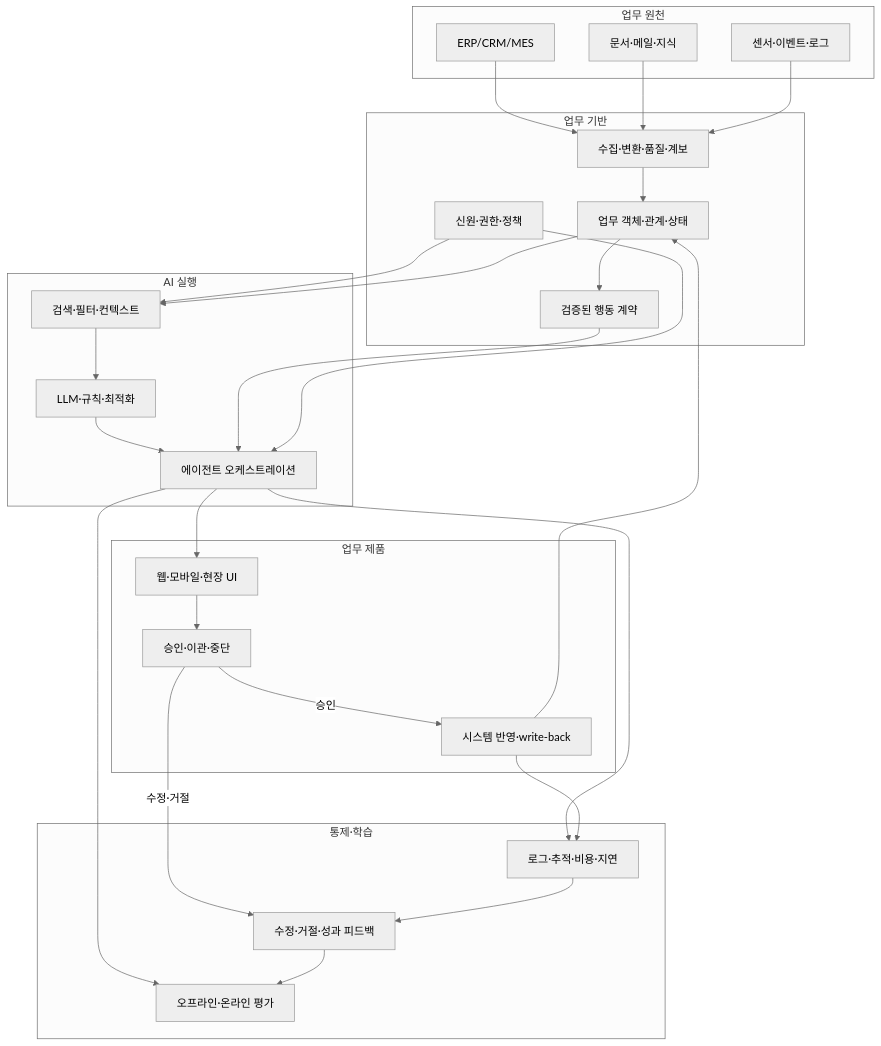
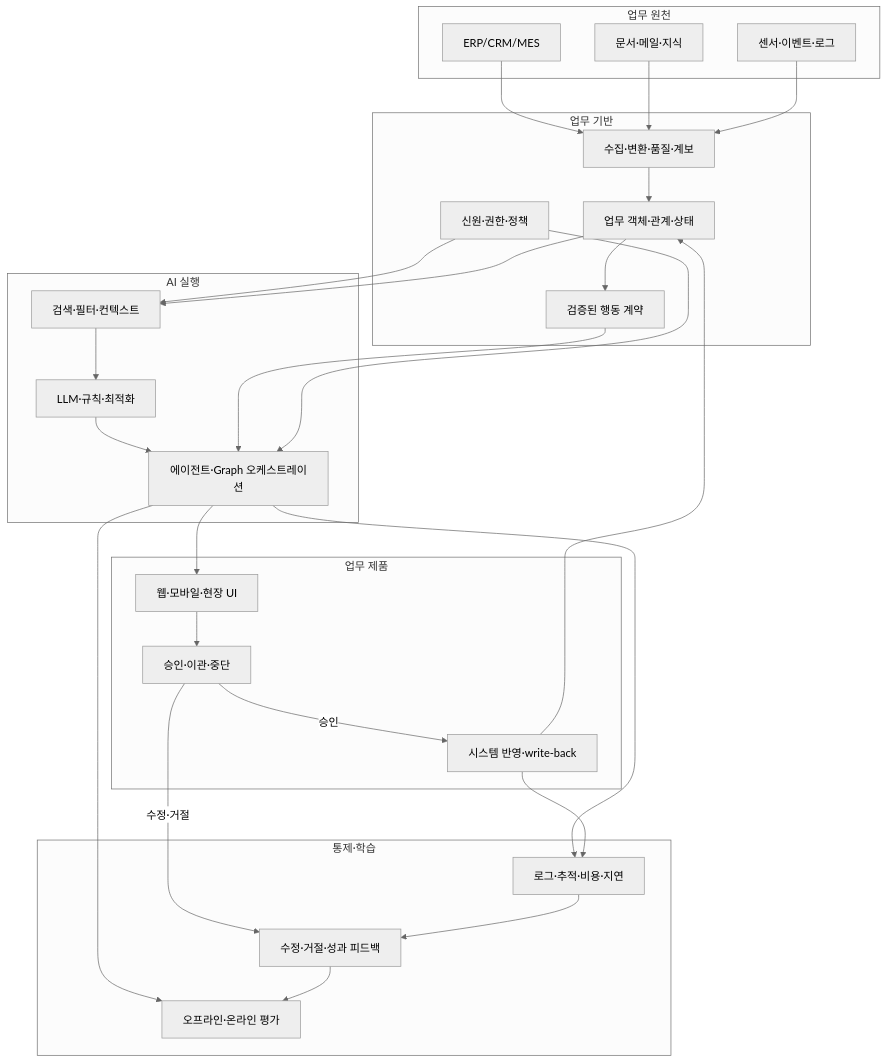
Before and after one commit to tttksj404/palantir-ax-playbook: the second of 2 diagrams in docs/PALANTIR-AI-AX-PLAYBOOK.md, drawn with Mermaid (neutral theme). The commit also changed other lines of this file and 7 other files, not shown here.

Commit message:
docs: add graph engineering playbook and skill

````diff
--- a/docs/PALANTIR-AI-AX-PLAYBOOK.md
+++ b/docs/PALANTIR-AI-AX-PLAYBOOK.md
@@ -447,51 +452,51 @@
 ```mermaid
 flowchart TB
     subgraph Sources[업무 원천]
         ERP[ERP/CRM/MES]
         DOC[문서·메일·지식]
         EVT[센서·이벤트·로그]
     end
     subgraph Foundation[업무 기반]
         ING[수집·변환·품질·계보]
         OBJ[업무 객체·관계·상태]
         POL[신원·권한·정책]
         ACT[검증된 행동 계약]
     end
     subgraph Intelligence[AI 실행]
         RET[검색·필터·컨텍스트]
         LLM[LLM·규칙·최적화]
-        AG[에이전트 오케스트레이션]
+        AG[에이전트·Graph 오케스트레이션]
     end
     subgraph Product[업무 제품]
         APP[웹·모바일·현장 UI]
         APV[승인·이관·중단]
         WR[시스템 반영·write-back]
     end
     subgraph Control[통제·학습]
         EVAL[오프라인·온라인 평가]
         OBS[로그·추적·비용·지연]
         FEED[수정·거절·성과 피드백]
     end
 
     ERP --> ING
     DOC --> ING
     EVT --> ING
     ING --> OBJ
     POL --> RET
     OBJ --> RET
     OBJ --> ACT
     RET --> LLM
     LLM --> AG
     ACT --> AG
     POL --> AG
     AG --> APP
     APP --> APV
     APV -->|승인| WR
     APV -->|수정·거절| FEED
     WR --> OBJ
     AG --> EVAL
     AG --> OBS
     WR --> OBS
     FEED --> EVAL
     OBS --> FEED
 ```
````
